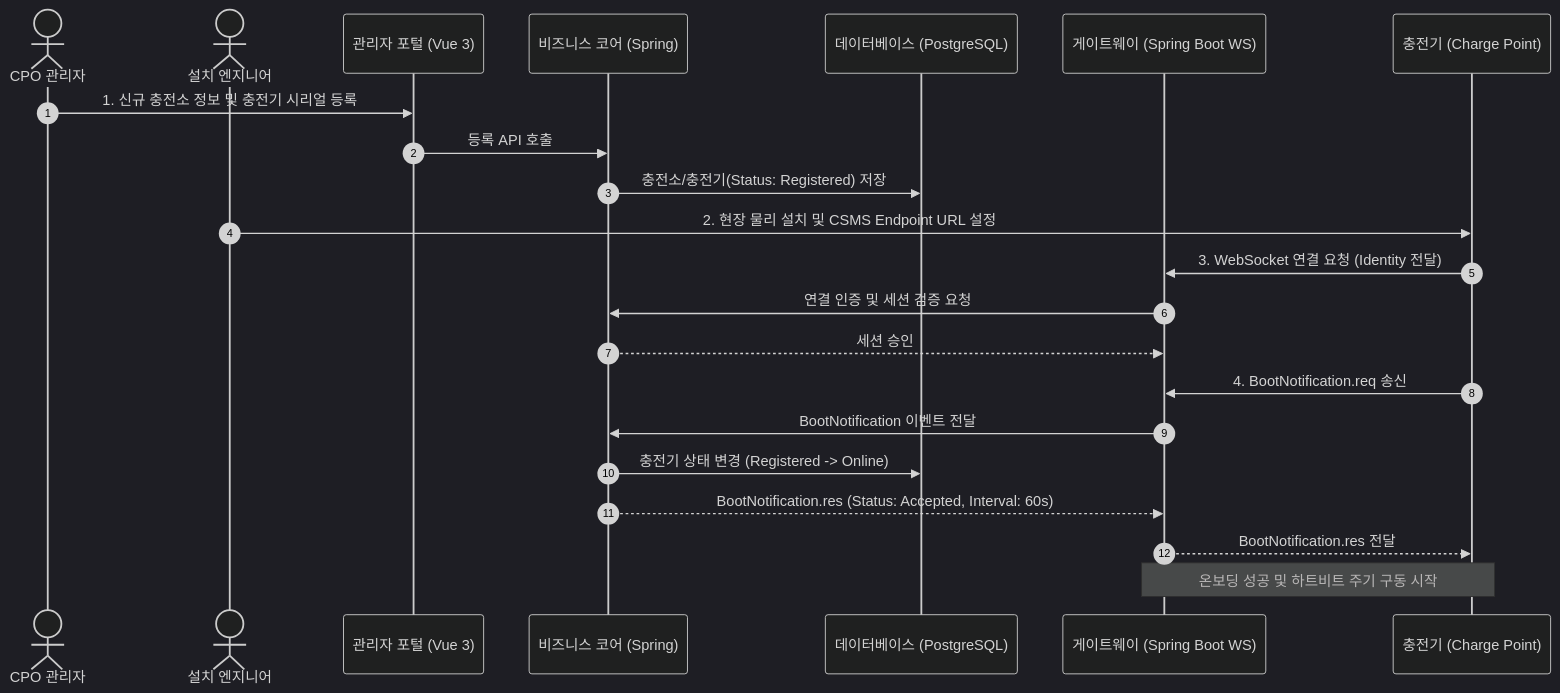
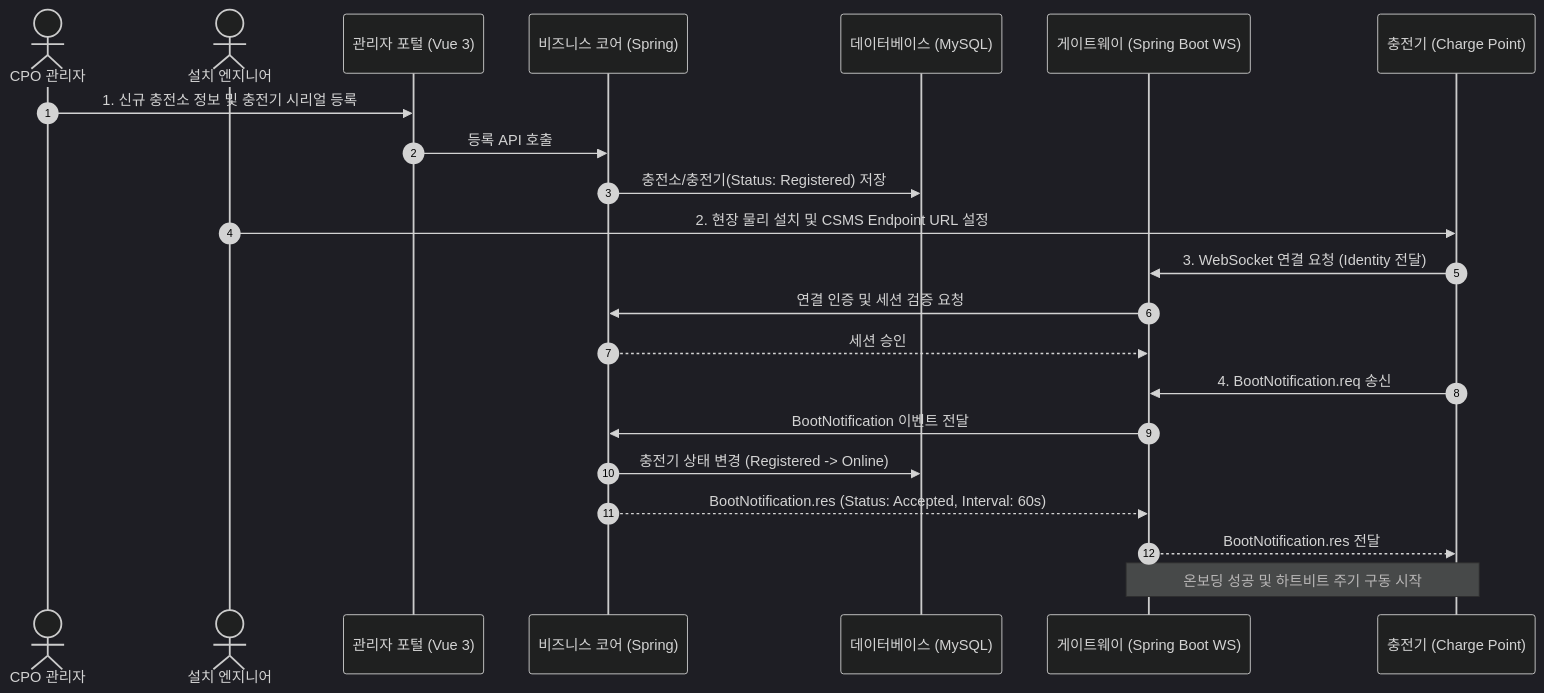
The eighth of 10 diagrams in doc/02.open_source_sales/01.prd.md (h2y-hyhong2/h2y-ocpp), drawn with Mermaid (dark theme) before and after one commit. The commit also changed other lines of this file and 7 other files, not shown here.

````diff
--- a/doc/02.open_source_sales/01.prd.md
+++ b/doc/02.open_source_sales/01.prd.md
@@ -543,25 +543,25 @@
 ```mermaid
 sequenceDiagram
     autonumber
     actor Admin as CPO 관리자
     actor Staff as 설치 엔지니어
     participant Portal as 관리자 포털 (Vue 3)
     participant Core as 비즈니스 코어 (Spring)
-    participant DB as 데이터베이스 (PostgreSQL)
+    participant DB as 데이터베이스 (MySQL)
     participant GW as 게이트웨이 (Spring Boot WS)
     participant CP as 충전기 (Charge Point)
 
     Admin->>Portal: 1. 신규 충전소 정보 및 충전기 시리얼 등록
     Portal->>Core: 등록 API 호출
     Core->>DB: 충전소/충전기(Status: Registered) 저장
     Staff->>CP: 2. 현장 물리 설치 및 CSMS Endpoint URL 설정
     CP->>GW: 3. WebSocket 연결 요청 (Identity 전달)
     GW->>Core: 연결 인증 및 세션 검증 요청
     Core-->>GW: 세션 승인
     CP->>GW: 4. BootNotification.req 송신
     GW->>Core: BootNotification 이벤트 전달
     Core->>DB: 충전기 상태 변경 (Registered -> Online)
     Core-->>GW: BootNotification.res (Status: Accepted, Interval: 60s)
     GW-->>CP: BootNotification.res 전달
     Note over CP, GW: 온보딩 성공 및 하트비트 주기 구동 시작
 ```
````
